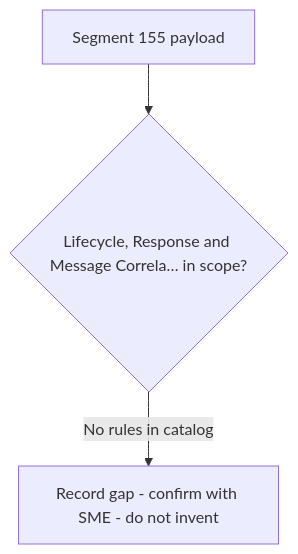
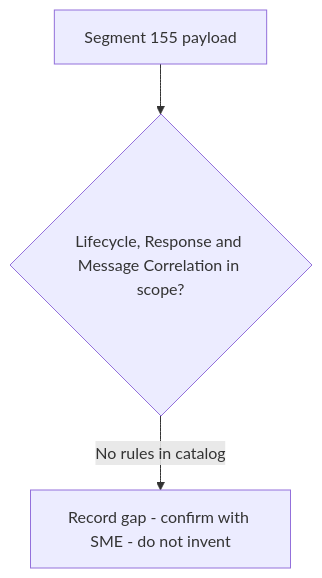
The diagram in regression-artifact-validator/specifications/ATL105/docs/specs/kb/segment-155/lifecycle-response-correlation-flow.md (DhanSingh-hub/core-auth-ai-validation-framework), drawn with Mermaid before and after one commit. The commit also changed 150 other files, not shown here.

````diff
--- a/regression-artifact-validator/specifications/ATL105/docs/specs/kb/segment-155/lifecycle-response-correlation-flow.md
+++ b/regression-artifact-validator/specifications/ATL105/docs/specs/kb/segment-155/lifecycle-response-correlation-flow.md
@@ -3,5 +3,5 @@
 ```mermaid
 flowchart TD
-    A[Segment 155 payload] --> B{Lifecycle, Response and Message Correla… in scope?}
+    A[Segment 155 payload] --> B{Lifecycle, Response and Message Correlation in scope?}
     B -->|No rules in catalog| G[Record gap - confirm with SME - do not invent]
 ```
````
